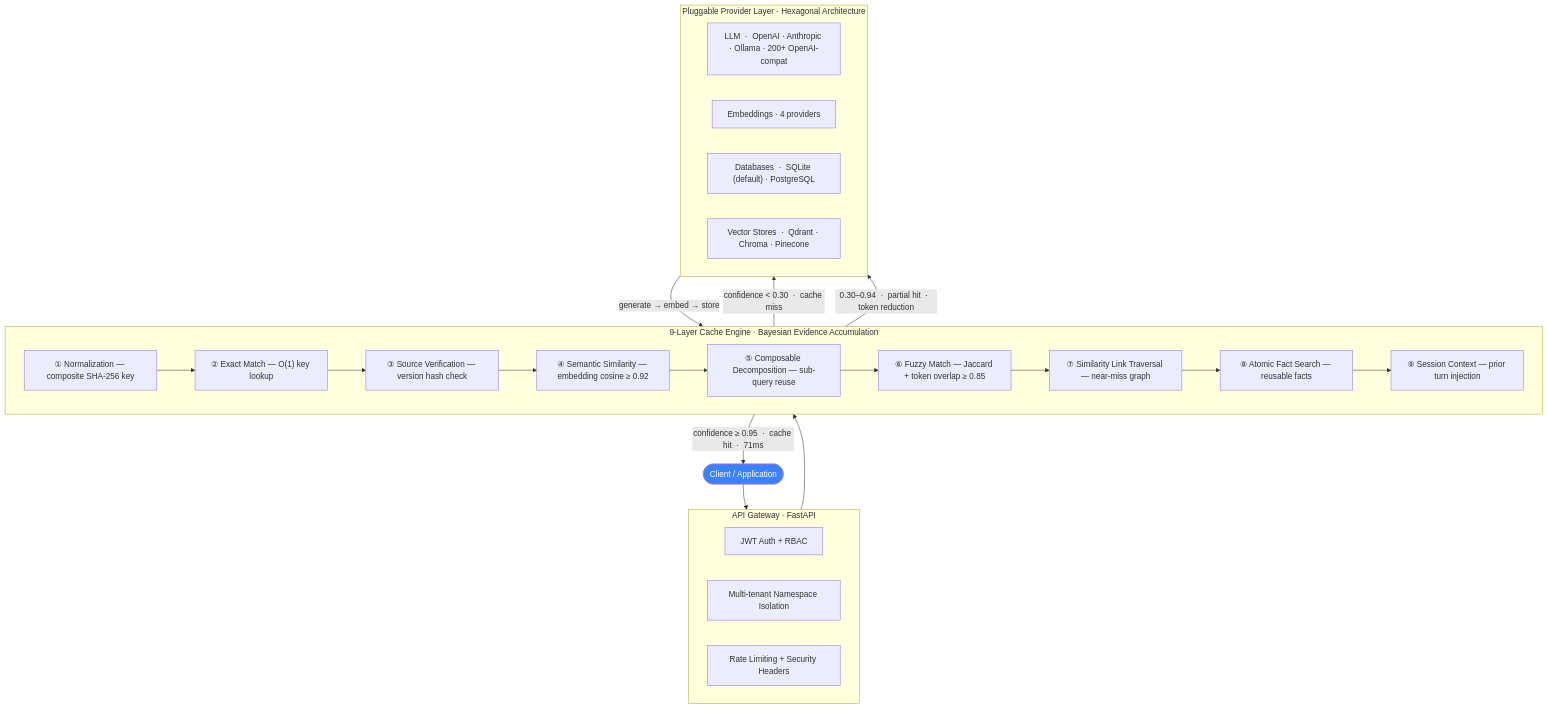
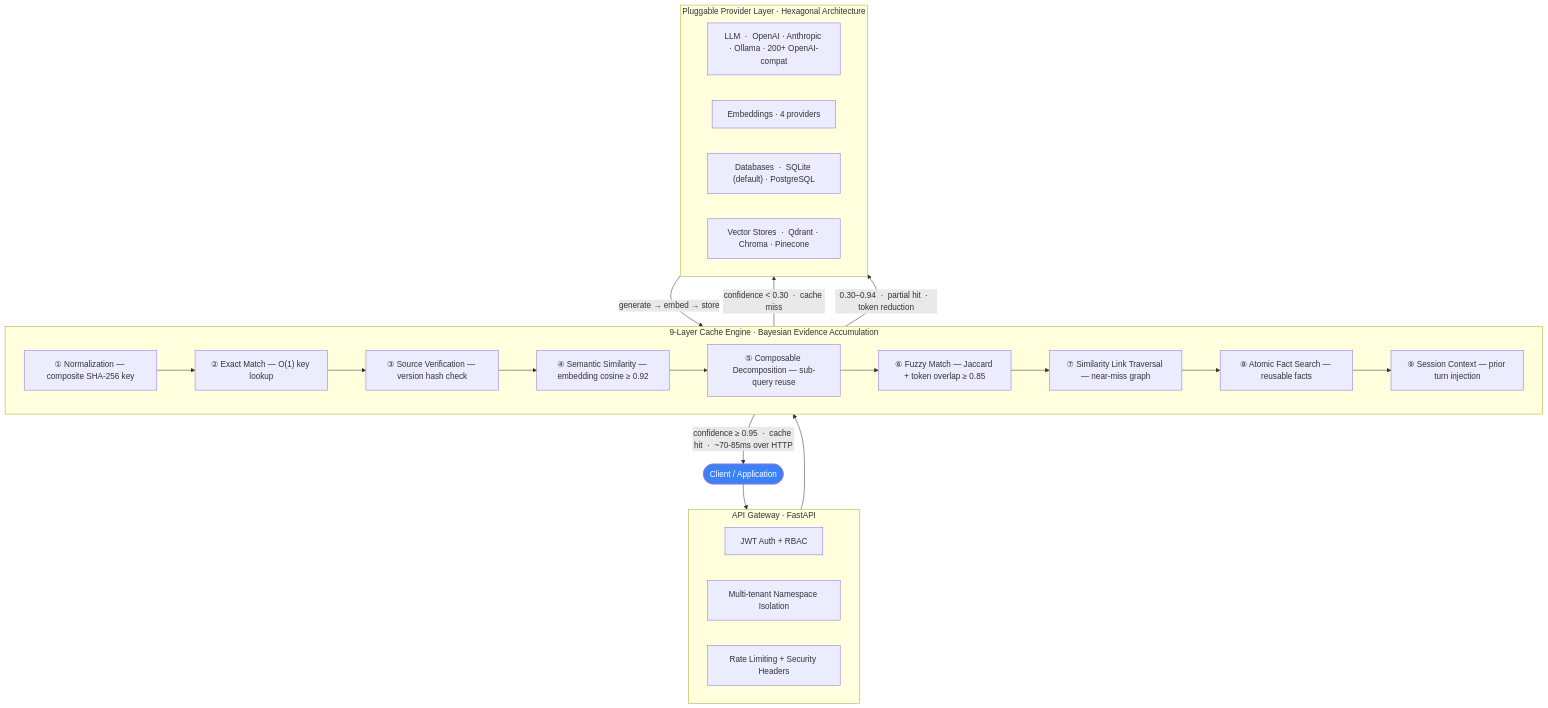
The diagram in README.md (DeepanjayNandal/bitmod), drawn with Mermaid before and after one commit. The commit also changed other lines of this file and 5 other files, not shown here.

````diff
--- a/README.md
+++ b/README.md
@@ -73,38 +75,38 @@
 ```mermaid
 flowchart TD
     A(["Client / Application"])
 
     subgraph gw ["API Gateway  ·  FastAPI"]
         G1["JWT Auth + RBAC"]
         G2["Multi-tenant Namespace Isolation"]
         G3["Rate Limiting + Security Headers"]
     end
 
     subgraph ce ["9-Layer Cache Engine  ·  Bayesian Evidence Accumulation"]
         C0["① Normalization — composite SHA-256 key"]
         C1["② Exact Match — O(1) key lookup"]
         C2["③ Source Verification — version hash check"]
         C3["④ Semantic Similarity — embedding cosine ≥ 0.92"]
         C4["⑤ Composable Decomposition — sub-query reuse"]
         C5["⑥ Fuzzy Match — Jaccard + token overlap ≥ 0.85"]
         C6["⑦ Similarity Link Traversal — near-miss graph"]
         C7["⑧ Atomic Fact Search — reusable facts"]
         C8["⑨ Session Context — prior turn injection"]
         C0 --> C1 --> C2 --> C3 --> C4 --> C5 --> C6 --> C7 --> C8
     end
 
     subgraph p ["Pluggable Provider Layer  ·  Hexagonal Architecture"]
         P1["LLM  ·  OpenAI · Anthropic · Ollama · 200+ OpenAI-compat"]
         P2["Embeddings  ·  4 providers"]
         P3["Databases  ·  SQLite (default) · PostgreSQL"]
         P4["Vector Stores  ·  Qdrant · Chroma · Pinecone"]
     end
 
     A --> gw --> ce
-    ce -->|"confidence ≥ 0.95  ·  cache hit  ·  71ms" | A
+    ce -->|"confidence ≥ 0.95  ·  cache hit  ·  ~70-85ms over HTTP" | A
     ce -->|"confidence < 0.30  ·  cache miss"| p
     ce -->|"0.30–0.94  ·  partial hit  ·  token reduction"| p
     p -->|"generate → embed → store"| ce
 
     style A fill:#3b82f6,color:#fff
 ```
````
